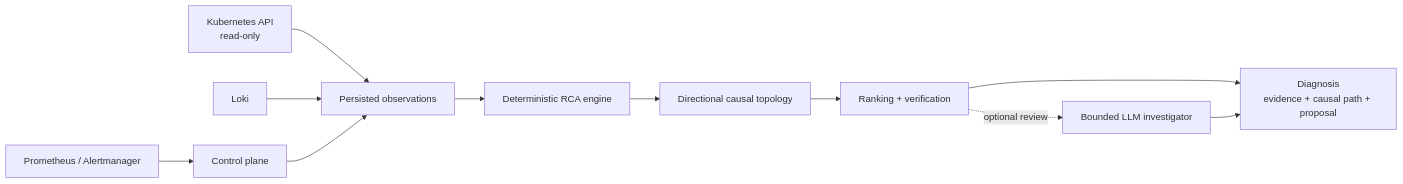
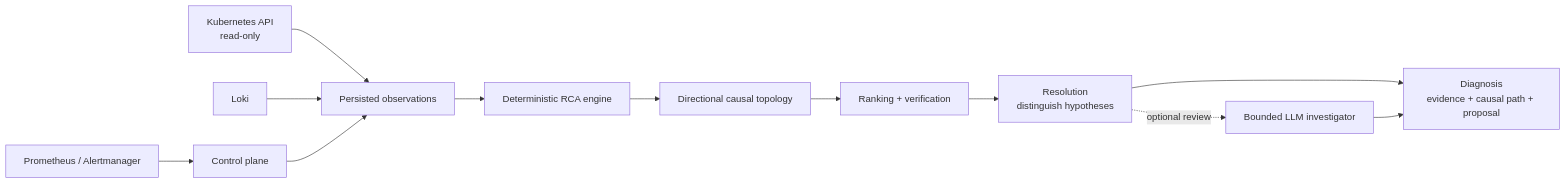
One commit to negativexq/agentic-sre changed the diagram in README.md. Above: the diagram before and after it, drawn with Mermaid. The commit also changed other lines of this file and 3 other files, not shown here.

````diff
--- a/README.md
+++ b/README.md
@@ -83,13 +84,14 @@
 ```mermaid
 flowchart LR
   K8s[Kubernetes API<br/>read-only] --> O[Persisted observations]
   Loki[Loki] --> O
   AM[Prometheus / Alertmanager] --> CP[Control plane]
   CP --> O
   O --> E[Deterministic RCA engine]
   E --> T[Directional causal topology]
   T --> R[Ranking + verification]
-  R -. optional review .-> L[Bounded LLM investigator]
-  R --> D[Diagnosis<br/>evidence + causal path + proposal]
+  R --> X[Resolution<br/>distinguish hypotheses]
+  X -. optional review .-> L[Bounded LLM investigator]
+  X --> D[Diagnosis<br/>evidence + causal path + proposal]
   L --> D
 ```
````
